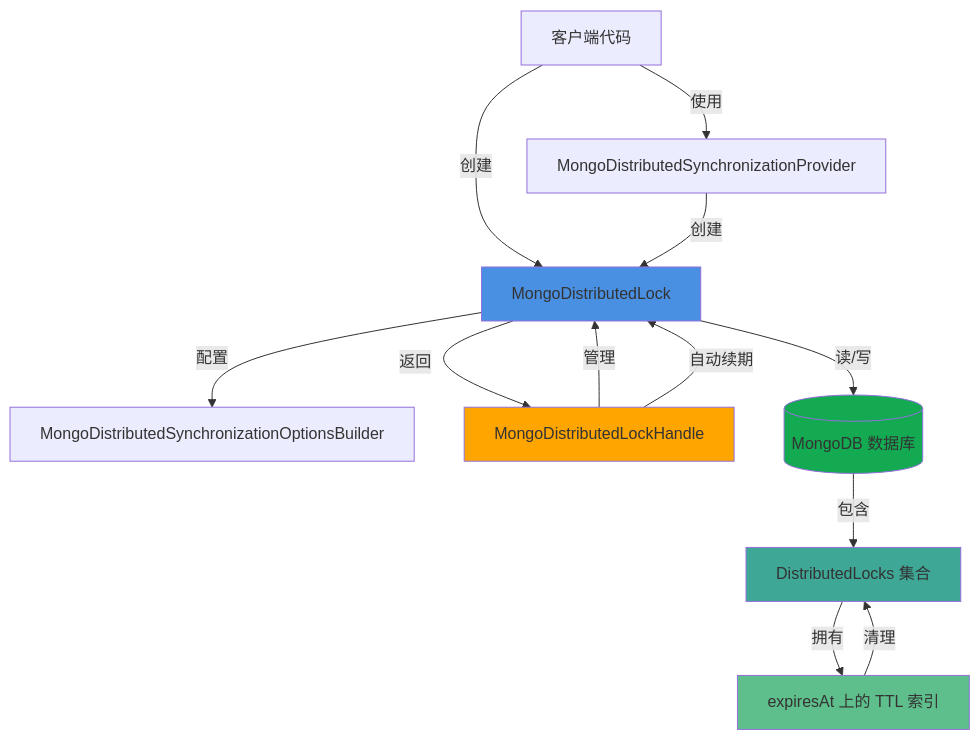
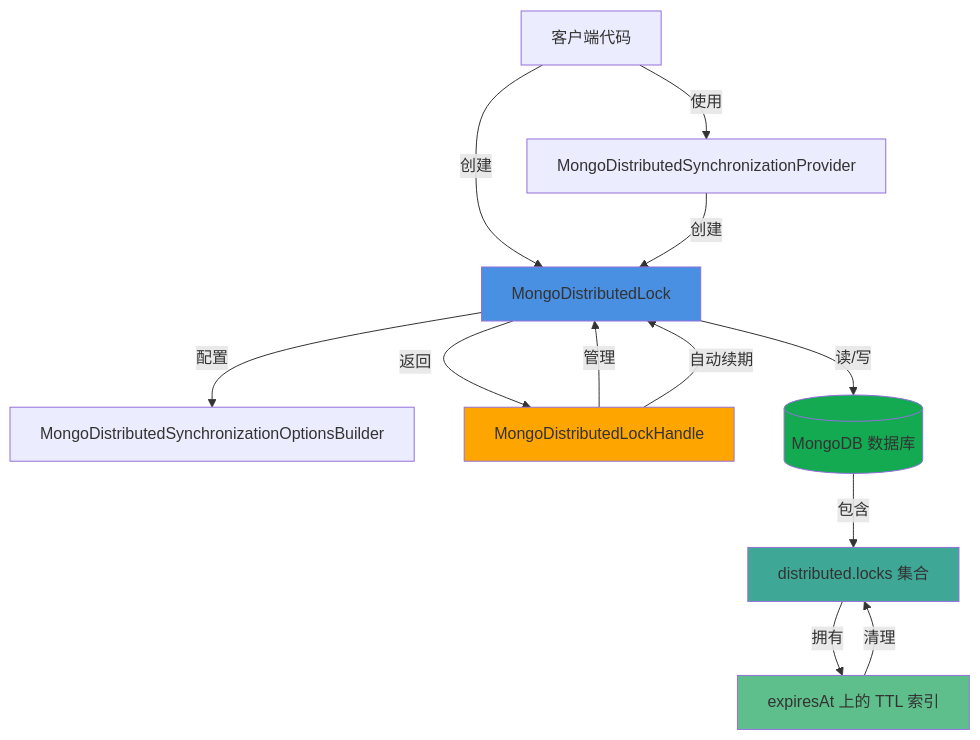
One commit to madelson/DistributedLock changed the third of 7 diagrams in src/DistributedLock.MongoDB/README.zh-CN.md. Above: the diagram before and after it, drawn with Mermaid. The commit also changed other lines of this file and 9 other files, not shown here.

Commit message:
fix: pass all tests, change collection name to `distributed.locks`

````diff
--- a/src/DistributedLock.MongoDB/README.zh-CN.md
+++ b/src/DistributedLock.MongoDB/README.zh-CN.md
@@ -184,32 +184,32 @@
 ```mermaid
 graph TB
     Client["客户端代码"]
     Lock["MongoDistributedLock"]
     Provider["MongoDistributedSynchronizationProvider"]
     Options["MongoDistributedSynchronizationOptionsBuilder"]
     Handle["MongoDistributedLockHandle"]
 
     MongoDB[("MongoDB 数据库")]
-    Collection["DistributedLocks 集合"]
+    Collection["distributed.locks 集合"]
     TTLIndex["expiresAt 上的 TTL 索引"]
 
     Client -->|创建| Lock
     Client -->|使用| Provider
     Provider -->|创建| Lock
     Lock -->|配置| Options
     Lock -->|返回| Handle
     Handle -->|管理| Lock
 
     Lock -->|读/写| MongoDB
     Handle -->|自动续期| Lock
 
     MongoDB -->|包含| Collection
     Collection -->|拥有| TTLIndex
     TTLIndex -->|清理| Collection
 
     style MongoDB fill:#13aa52
     style Collection fill:#3fa796
     style TTLIndex fill:#5fbf8c
     style Handle fill:#ffa500
     style Lock fill:#4a90e2
 ```
````
